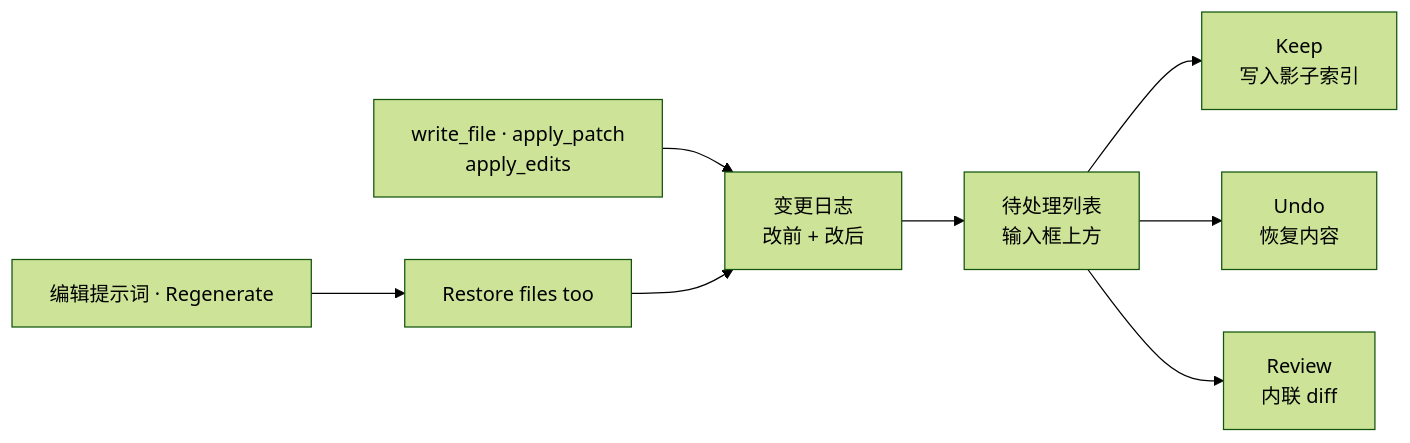
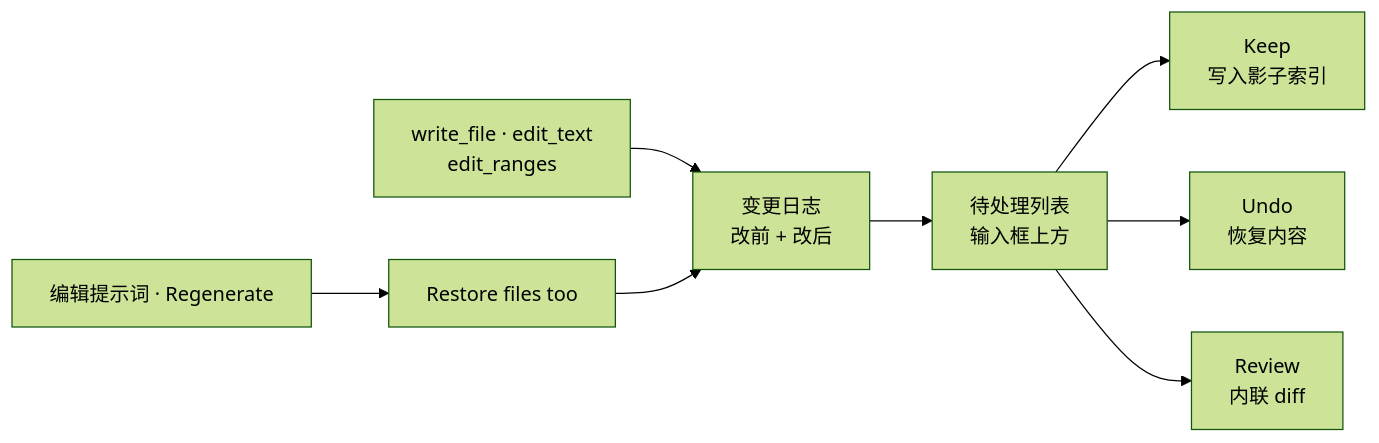
Before and after one commit to zeroDtree/comonad-vscode-extension: the diagram in docs/zh/guide/checkpoints.md, drawn with Mermaid (forest theme). The commit also changed 19 other files, not shown here.

````diff
--- a/docs/zh/guide/checkpoints.md
+++ b/docs/zh/guide/checkpoints.md
@@ -6,10 +6,10 @@
 ```mermaid
 flowchart LR
-  Write["write_file · apply_patch<br/>apply_edits"] --> Journal["变更日志<br/>改前 + 改后"]
+  Write["write_file · edit_text<br/>edit_ranges"] --> Journal["变更日志<br/>改前 + 改后"]
   Journal --> Pending["待处理列表<br/>输入框上方"]
   Pending --> Keep["Keep<br/>写入影子索引"]
   Pending --> Undo["Undo<br/>恢复内容"]
   Pending --> Review["Review<br/>内联 diff"]
   Prompt["编辑提示词 · Regenerate"] --> Restore["Restore files too"]
   Restore --> Journal
 ```
````
